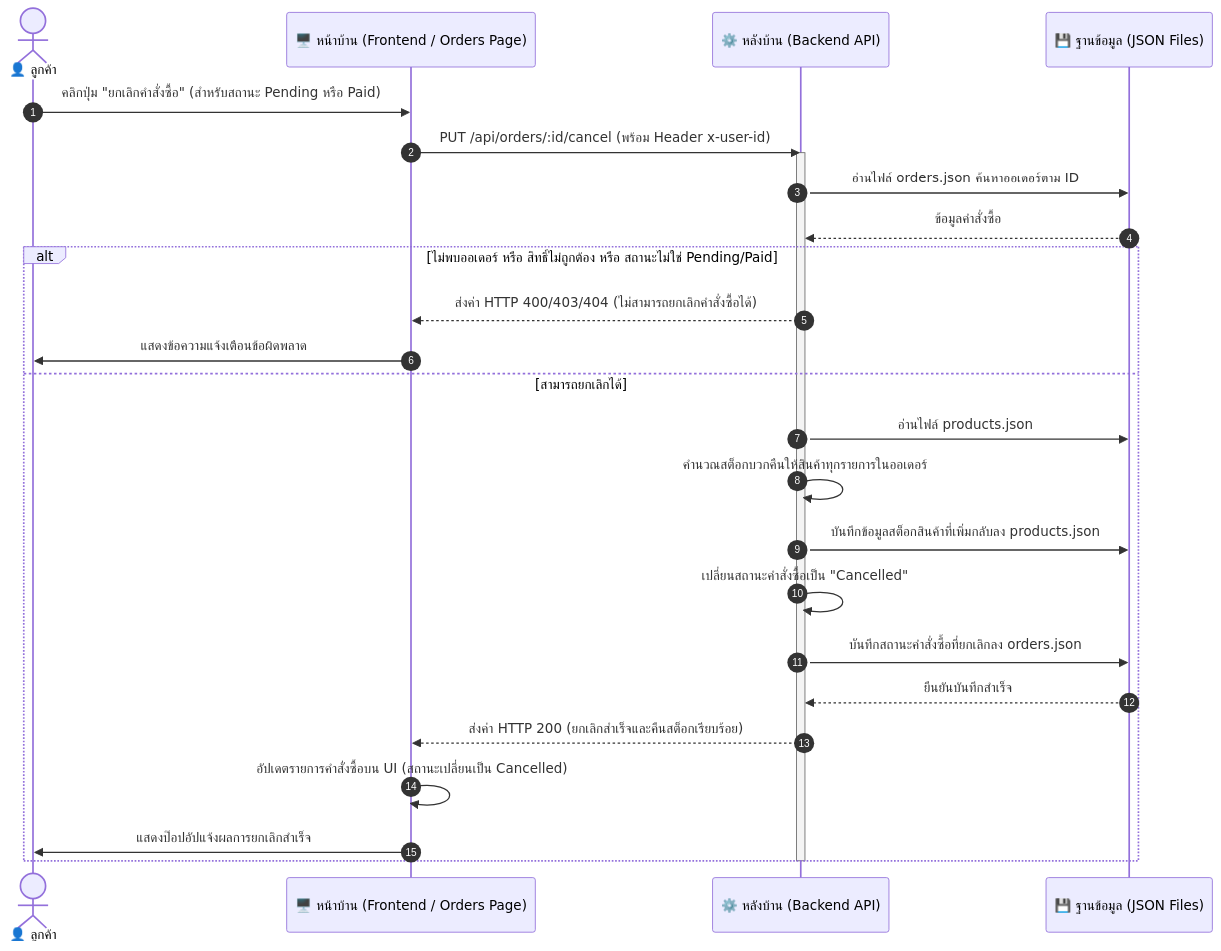
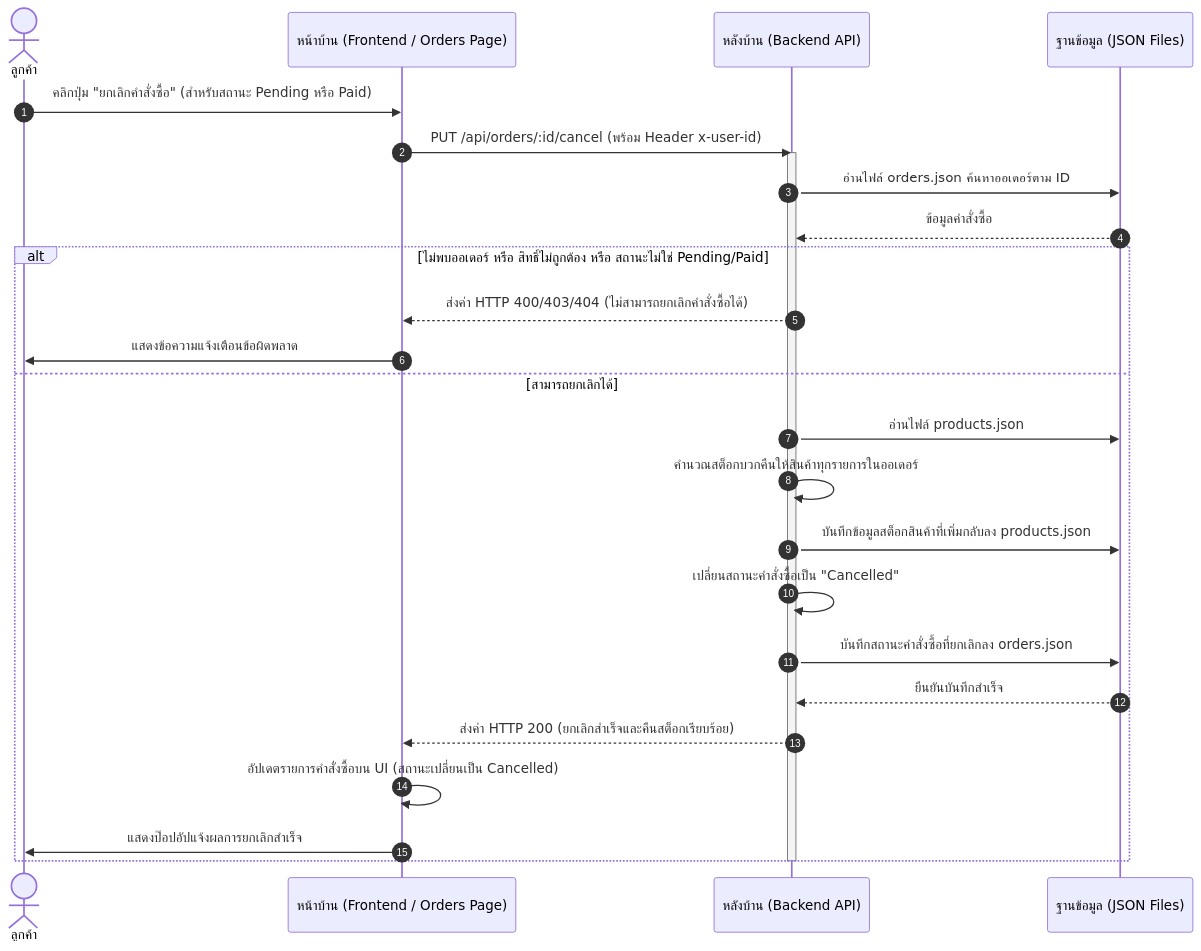
The fifth of 8 diagrams in system_design.md (neoaway2909/fitpung), drawn with Mermaid before and after one commit. The commit also changed other lines of this file, not shown here.

````diff
--- a/system_design.md
+++ b/system_design.md
@@ -349,30 +350,30 @@
 ```mermaid
 sequenceDiagram
   autonumber
-  actor Customer as 👤 ลูกค้า
-  participant FE as 🖥️ หน้าบ้าน (Frontend / Orders Page)
-  participant BE as ⚙️ หลังบ้าน (Backend API)
-  participant DB as 💾 ฐานข้อมูล (JSON Files)
+  actor Customer as ลูกค้า
+  participant FE as หน้าบ้าน (Frontend / Orders Page)
+  participant BE as หลังบ้าน (Backend API)
+  participant DB as ฐานข้อมูล (JSON Files)
 
   Customer->>FE: คลิกปุ่ม "ยกเลิกคำสั่งซื้อ" (สำหรับสถานะ Pending หรือ Paid)
   FE->>BE: PUT /api/orders/:id/cancel (พร้อม Header x-user-id)
   activate BE
   BE->>DB: อ่านไฟล์ orders.json ค้นหาออเดอร์ตาม ID
   DB-->>BE: ข้อมูลคำสั่งซื้อ
   
   alt ไม่พบออเดอร์ หรือ สิทธิ์ไม่ถูกต้อง หรือ สถานะไม่ใช่ Pending/Paid
     BE-->>FE: ส่งค่า HTTP 400/403/404 (ไม่สามารถยกเลิกคำสั่งซื้อได้)
     FE->>Customer: แสดงข้อความแจ้งเตือนข้อผิดพลาด
   else สามารถยกเลิกได้
     BE->>DB: อ่านไฟล์ products.json
     BE->>BE: คำนวณสต็อกบวกคืนให้สินค้าทุกรายการในออเดอร์
     BE->>DB: บันทึกข้อมูลสต็อกสินค้าที่เพิ่มกลับลง products.json
     BE->>BE: เปลี่ยนสถานะคำสั่งซื้อเป็น "Cancelled"
     BE->>DB: บันทึกสถานะคำสั่งซื้อที่ยกเลิกลง orders.json
     DB-->>BE: ยืนยันบันทึกสำเร็จ
     BE-->>FE: ส่งค่า HTTP 200 (ยกเลิกสำเร็จและคืนสต็อกเรียบร้อย)
     FE->>FE: อัปเดตรายการคำสั่งซื้อบน UI (สถานะเปลี่ยนเป็น Cancelled)
     FE->>Customer: แสดงป๊อปอัปแจ้งผลการยกเลิกสำเร็จ
   end
   deactivate BE
 ```
````
